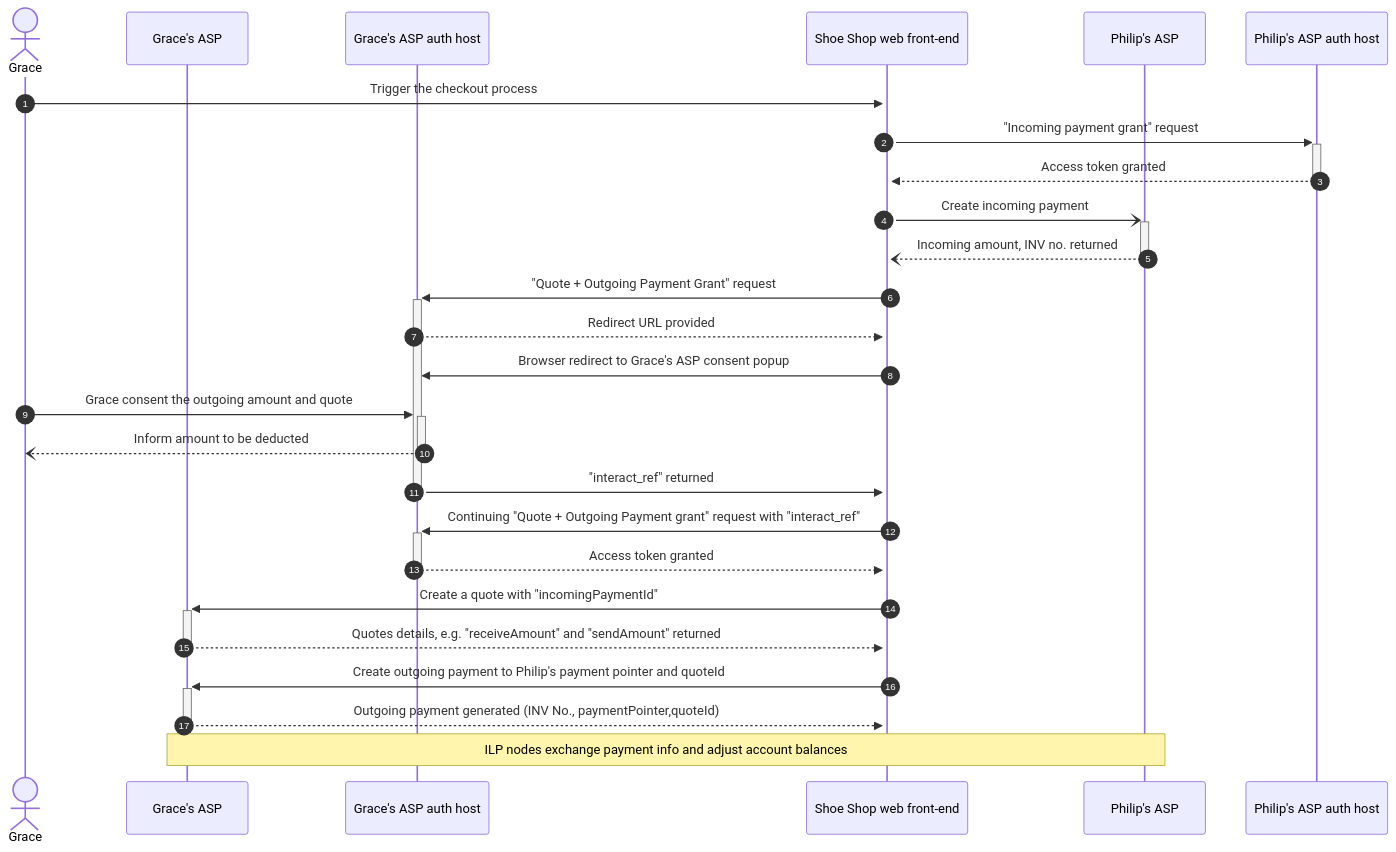
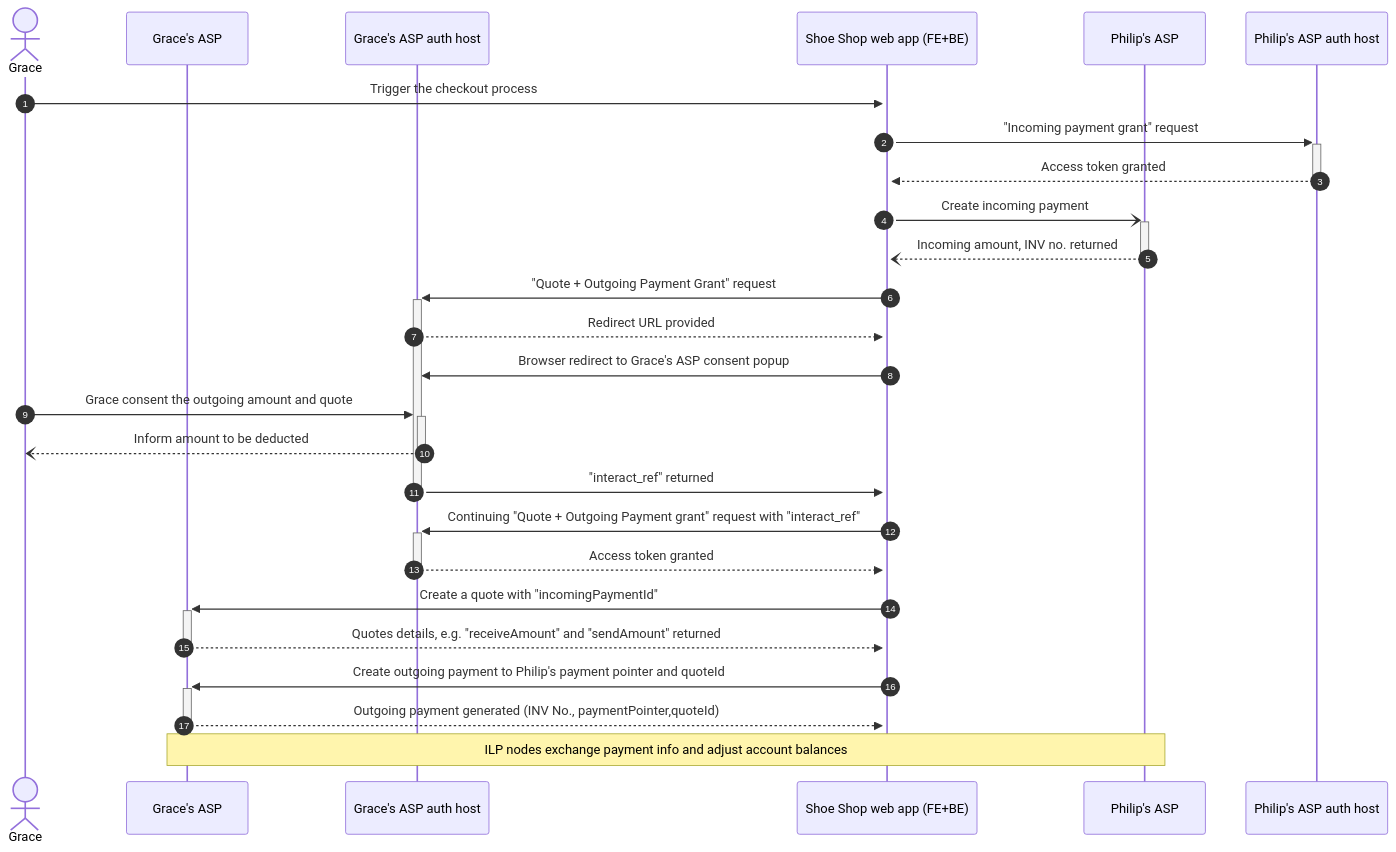
One commit to anguschiu1/interledger-divao changed the diagram in rafiki-divao-demo/demo-playbook.md. Above: the diagram before and after it, drawn with Mermaid. The commit also changed other lines of this file, not shown here.

````diff
--- a/rafiki-divao-demo/demo-playbook.md
+++ b/rafiki-divao-demo/demo-playbook.md
@@ -30,31 +30,31 @@
 ```mermaid
 sequenceDiagram
 autonumber
 Actor Gr as Grace
 participant B as Grace's ASP
 participant BA as Grace's ASP auth host
-participant WWW as Shoe Shop web front-end
+participant WWW as Shoe Shop web app (FE+BE)
 participant P as Philip's ASP
 participant PA as Philip's ASP auth host
 Gr->>+WWW: Trigger the checkout process
 WWW->>+PA: "Incoming payment grant" request
 PA-->>-WWW: Access token granted
 WWW-)+P: Create incoming payment
 P--)-WWW: Incoming amount, INV no. returned
 WWW->>+BA: "Quote + Outgoing Payment Grant" request
 BA-->>WWW: Redirect URL provided
 WWW->>BA: Browser redirect to Grace's ASP consent popup
 Gr->>+BA: Grace consent the outgoing amount and quote
 BA--)-Gr: Inform amount to be deducted
 BA->>-WWW: "interact_ref" returned
 WWW->>+BA: Continuing "Quote + Outgoing Payment grant" request with "interact_ref"
 BA-->>-WWW: Access token granted
 WWW->>+B: Create a quote with "incomingPaymentId"
 B-->>-WWW: Quotes details, e.g. "receiveAmount" and "sendAmount" returned
 WWW->>+B: Create outgoing payment to Philip's payment pointer and quoteId
 B-->>-WWW: Outgoing payment generated (INV No., paymentPointer,quoteId)
 Note over B, P: ILP nodes exchange payment info and adjust account balances
 
 
 
 ```
````
